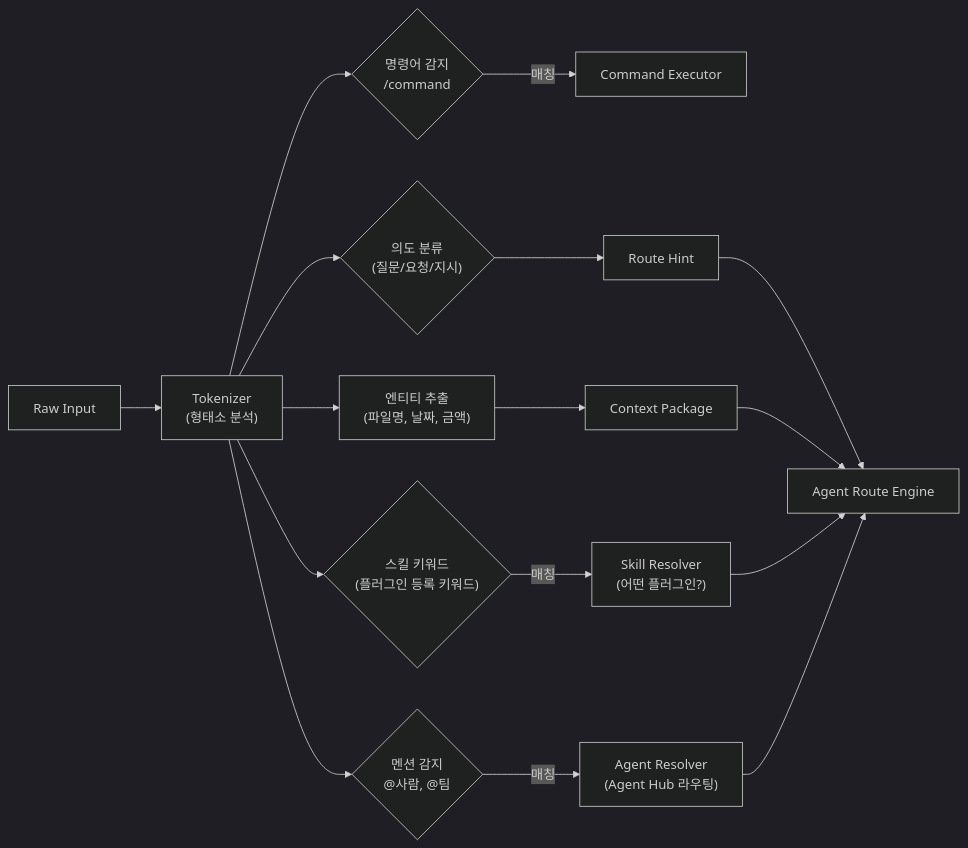
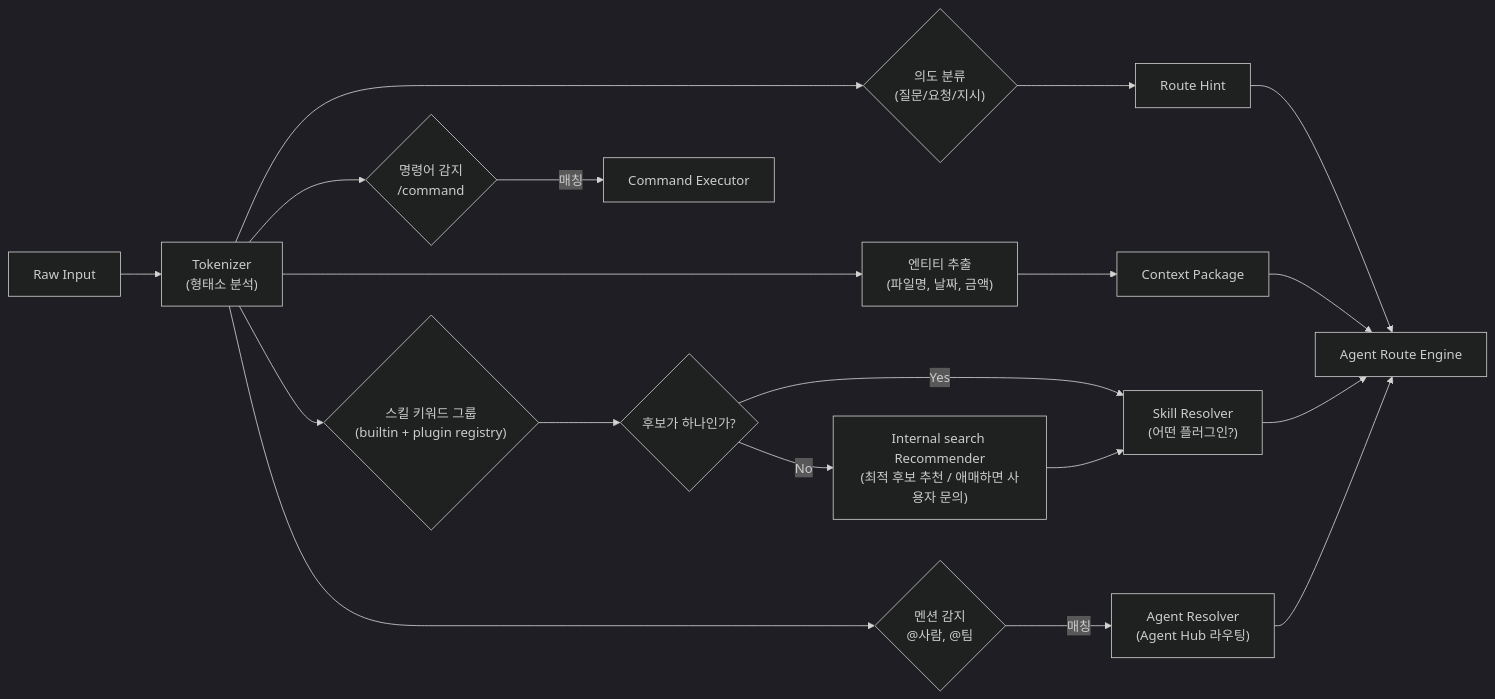
Diagram 17 of 44 in docs/architecture/architecture.md (lvis-project/lvis-app), drawn with Mermaid (dark theme) before and after one commit. The commit also changed other lines of this file and 18 other files, not shown here.

````diff
--- a/docs/architecture/architecture.md
+++ b/docs/architecture/architecture.md
@@ -1229,21 +1240,24 @@
 ```mermaid
 flowchart LR
     INPUT["Raw Input"] --> TOKENIZER["Tokenizer<br/>(형태소 분석)"]
 
     TOKENIZER --> CMD_DETECT{"명령어 감지<br/>/command"}
-    TOKENIZER --> SKILL_DETECT{"스킬 키워드<br/>(플러그인 등록 키워드)"}
+    TOKENIZER --> SKILL_DETECT{"스킬 키워드 그룹<br/>(builtin + plugin registry)"}
     TOKENIZER --> MENTION_DETECT{"멘션 감지<br/>@사람, @팀"}
     TOKENIZER --> INTENT_DETECT{"의도 분류<br/>(질문/요청/지시)"}
     TOKENIZER --> ENTITY_EXTRACT["엔티티 추출<br/>(파일명, 날짜, 금액)"]
+    SKILL_DETECT --> AMBIG{"후보가 하나인가?"}
+    AMBIG -->|"No"| LLM_RECO["Internal search Recommender<br/>(최적 후보 추천 / 애매하면 사용자 문의)"]
+    AMBIG -->|"Yes"| SKILL_RESOLVE["Skill Resolver<br/>(어떤 플러그인?)"]
 
     CMD_DETECT -->|"매칭"| CMD_EXEC["Command Executor"]
-    SKILL_DETECT -->|"매칭"| SKILL_RESOLVE["Skill Resolver<br/>(어떤 플러그인?)"]
     MENTION_DETECT -->|"매칭"| AGENT_RESOLVE["Agent Resolver<br/>(Agent Hub 라우팅)"]
     INTENT_DETECT --> ROUTE_HINT["Route Hint"]
     ENTITY_EXTRACT --> CTX["Context Package"]
+    LLM_RECO --> SKILL_RESOLVE
 
     ROUTE_HINT --> ROUTE_ENGINE["Agent Route Engine"]
     CTX --> ROUTE_ENGINE
     SKILL_RESOLVE --> ROUTE_ENGINE
     AGENT_RESOLVE --> ROUTE_ENGINE
 ```
````
